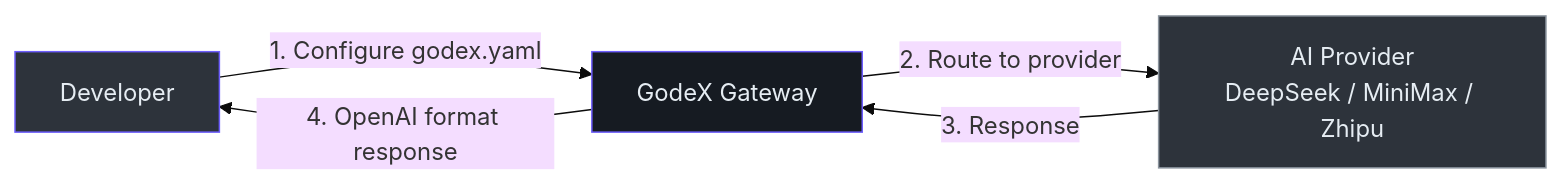
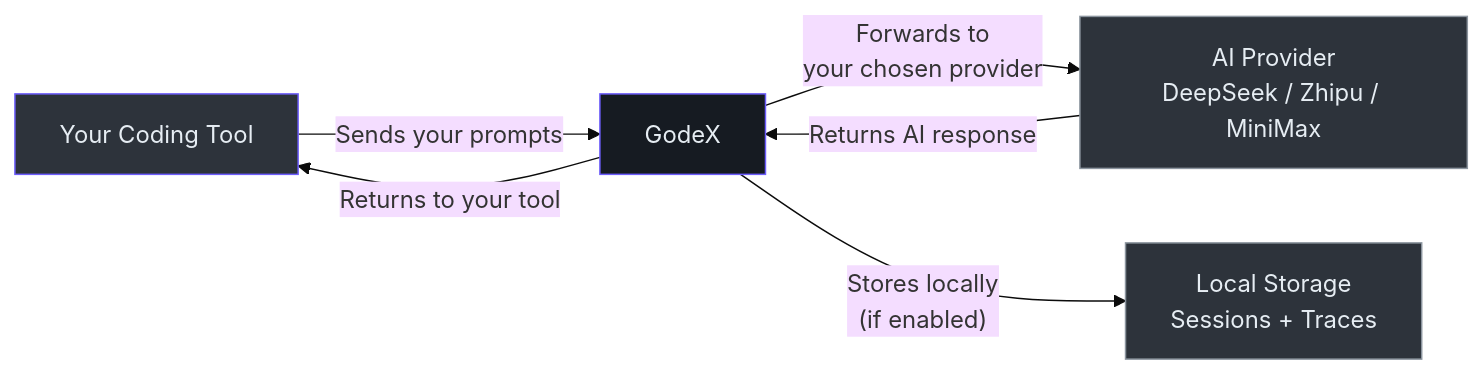
One commit to zamelee/GodeX changed the fifth of 5 diagrams in wiki/onboarding/product-manager-guide.md. Above: the diagram before and after it, drawn with Mermaid (base theme). The commit also changed other lines of this file and 120 other files, not shown here.

Commit message:
docs: comprehensive VitePress wiki with dark theme, EN/ZH sync, and Mermaid fixes (#118)

````diff
--- a/wiki/onboarding/product-manager-guide.md
+++ b/wiki/onboarding/product-manager-guide.md
@@ -18,11 +295,14 @@
 ```mermaid
 graph LR
-  DEV["Developer"] -->|"1. Configure godex.yaml"| GODEX["GodeX Gateway"]
-  GODEX -->|"2. Route to provider"| PROVIDER["AI Provider<br>DeepSeek / MiniMax / Zhipu"]
-  PROVIDER -->|"3. Response"| GODEX
-  GODEX -->|"4. OpenAI format response"| DEV
+  TOOL["Your Coding Tool"] -->|"Sends your prompts"| GODEX["GodeX"]
+  GODEX -->|"Forwards to<br>your chosen provider"| PROVIDER["AI Provider<br>DeepSeek / Zhipu / MiniMax"]
+  PROVIDER -->|"Returns AI response"| GODEX
+  GODEX -->|"Returns to your tool"| TOOL
 
-  style DEV fill:#2d333b,stroke:#6d5dfc,color:#e6edf3
+  GODEX -->|"Stores locally<br>(if enabled)"| LOCAL["Local Storage<br>Sessions + Traces"]
+
+  style TOOL fill:#2d333b,stroke:#6d5dfc,color:#e6edf3
   style GODEX fill:#161b22,stroke:#6d5dfc,color:#e6edf3
   style PROVIDER fill:#2d333b,stroke:#8b949e,color:#e6edf3
+  style LOCAL fill:#2d333b,stroke:#8b949e,color:#e6edf3
 ```
````
